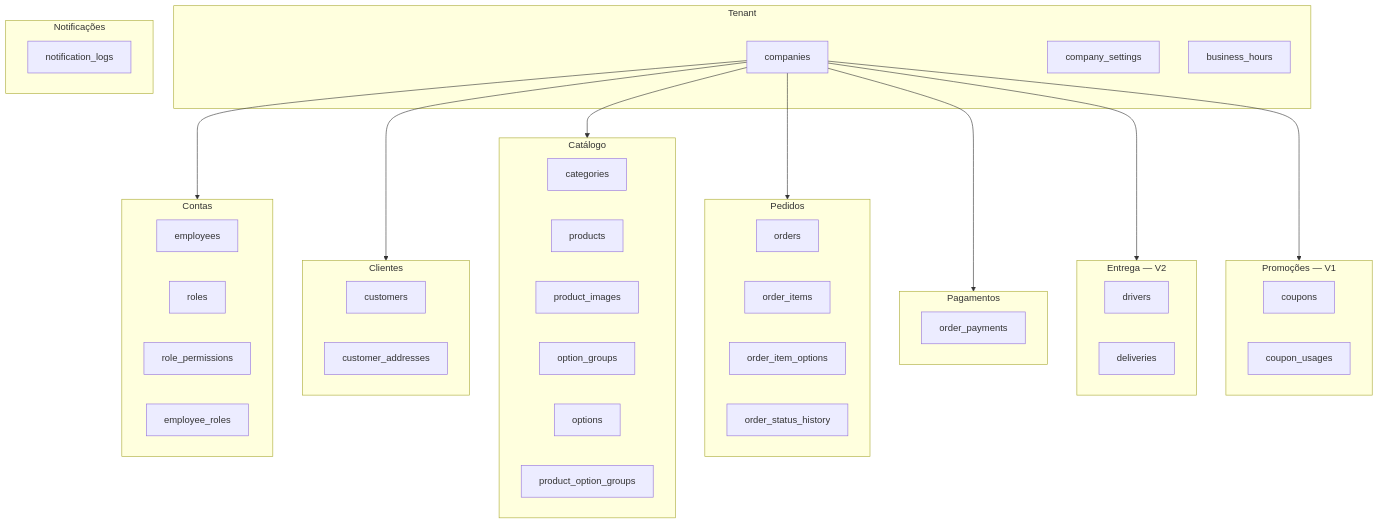
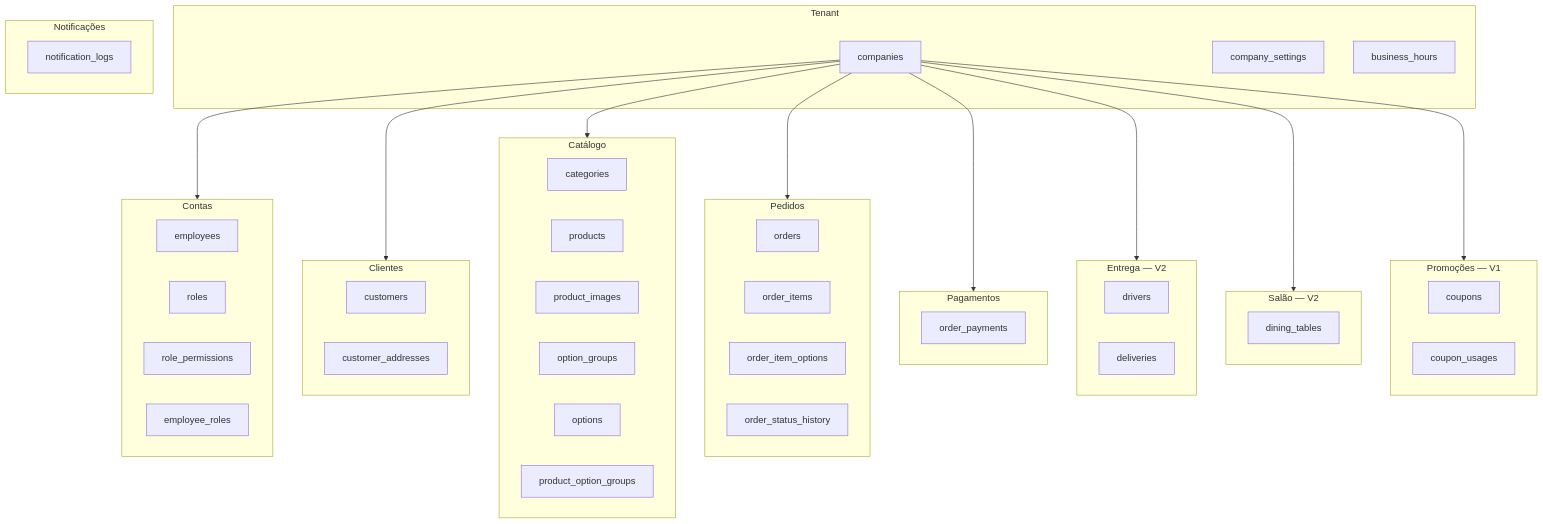
One commit to duillo06/vendas_frontend changed the first of 16 diagrams in docs/03-modelagem-do-banco.md. Above: the diagram before and after it, drawn with Mermaid. The commit also changed other lines of this file and 41 other files, not shown here.

````diff
--- a/docs/03-modelagem-do-banco.md
+++ b/docs/03-modelagem-do-banco.md
@@ -59,62 +60,67 @@
 ```mermaid
 graph TB
     subgraph TENANT["Tenant"]
         companies
         company_settings
         business_hours
     end
 
     subgraph ACCOUNTS["Contas"]
         employees
         roles
         role_permissions
         employee_roles
     end
 
     subgraph CUSTOMERS["Clientes"]
         customers
         customer_addresses
     end
 
     subgraph CATALOG["Catálogo"]
         categories
         products
         product_images
         option_groups
         options
         product_option_groups
     end
 
     subgraph ORDERS["Pedidos"]
         orders
         order_items
         order_item_options
         order_status_history
     end
 
     subgraph PAYMENTS["Pagamentos"]
         order_payments
     end
 
     subgraph DELIVERY["Entrega — V2"]
         drivers
         deliveries
     end
 
+    subgraph DINING["Salão — V2"]
+        dining_tables
+    end
+
     subgraph PROMOTIONS["Promoções — V1"]
         coupons
         coupon_usages
     end
 
     subgraph NOTIFICATIONS["Notificações"]
         notification_logs
     end
 
     companies --> ACCOUNTS
     companies --> CUSTOMERS
     companies --> CATALOG
     companies --> ORDERS
     companies --> PAYMENTS
     companies --> DELIVERY
+    companies --> DINING
     companies --> PROMOTIONS
 ```
````
